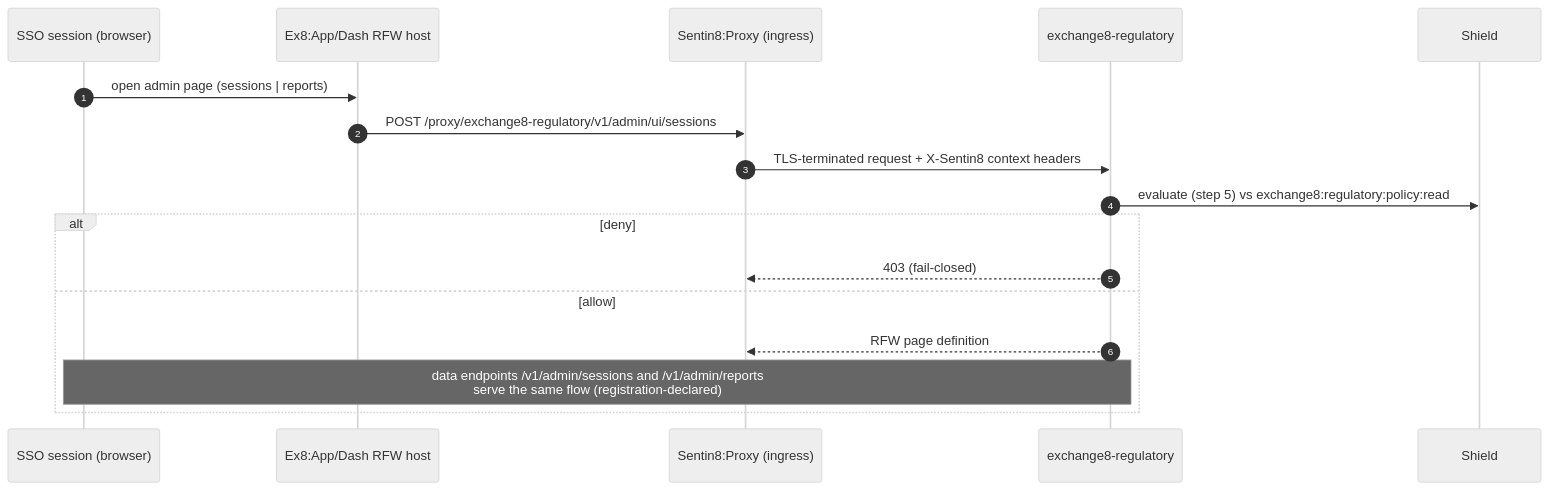
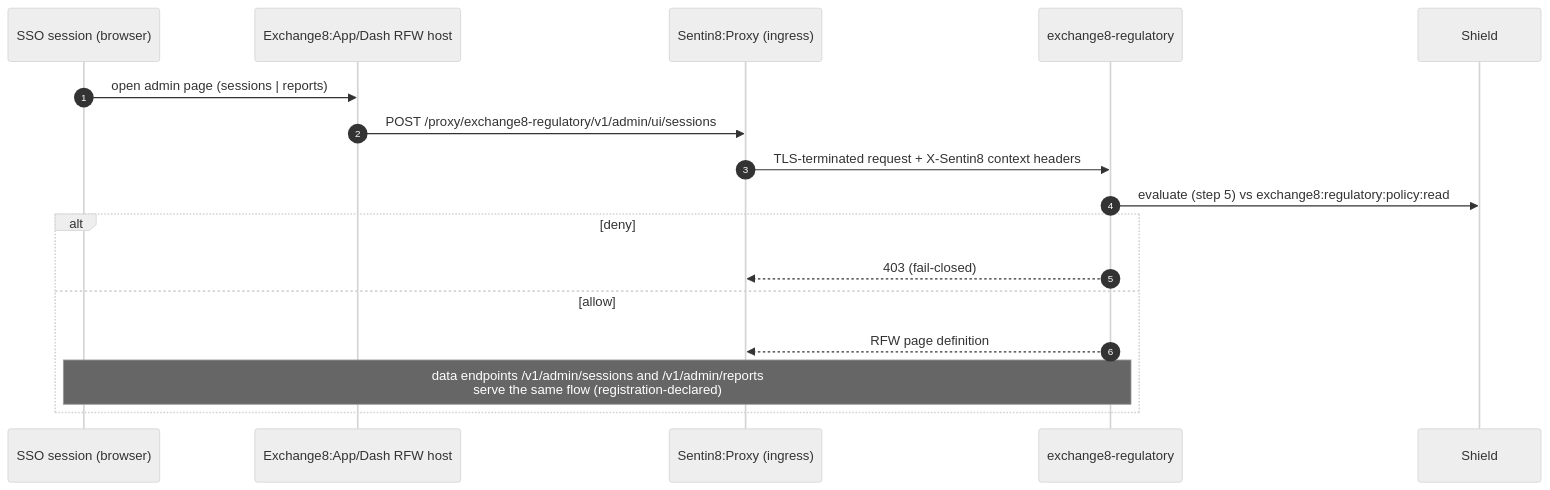
Before and after one commit to Exchange8-dev/exchange8-regulatory: the eighth of 18 diagrams in DESIGN.md, drawn with Mermaid (neutral theme). The commit also changed other lines of this file and 6 other files, not shown here.

````diff
--- a/DESIGN.md
+++ b/DESIGN.md
@@ -260,20 +260,20 @@
 ```mermaid
 sequenceDiagram
     autonumber
     participant L as SSO session (browser)
-    participant D as Ex8:App/Dash RFW host
+    participant D as Exchange8:App/Dash RFW host
     participant P8 as Sentin8:Proxy (ingress)
     participant SVCQ as exchange8-regulatory
     participant SH as Shield
 
     L->>D: open admin page (sessions | reports)
     D->>P8: POST /proxy/exchange8-regulatory/v1/admin/ui/sessions
     P8->>SVCQ: TLS-terminated request + X-Sentin8 context headers
     SVCQ->>SH: evaluate (step 5) vs exchange8:regulatory:policy:read
     alt deny
         SVCQ-->>P8: 403 (fail-closed)
     else allow
         SVCQ-->>P8: RFW page definition
         Note over L,SVCQ: data endpoints /v1/admin/sessions and /v1/admin/reports<br/>serve the same flow (registration-declared)
     end
 ```
````
